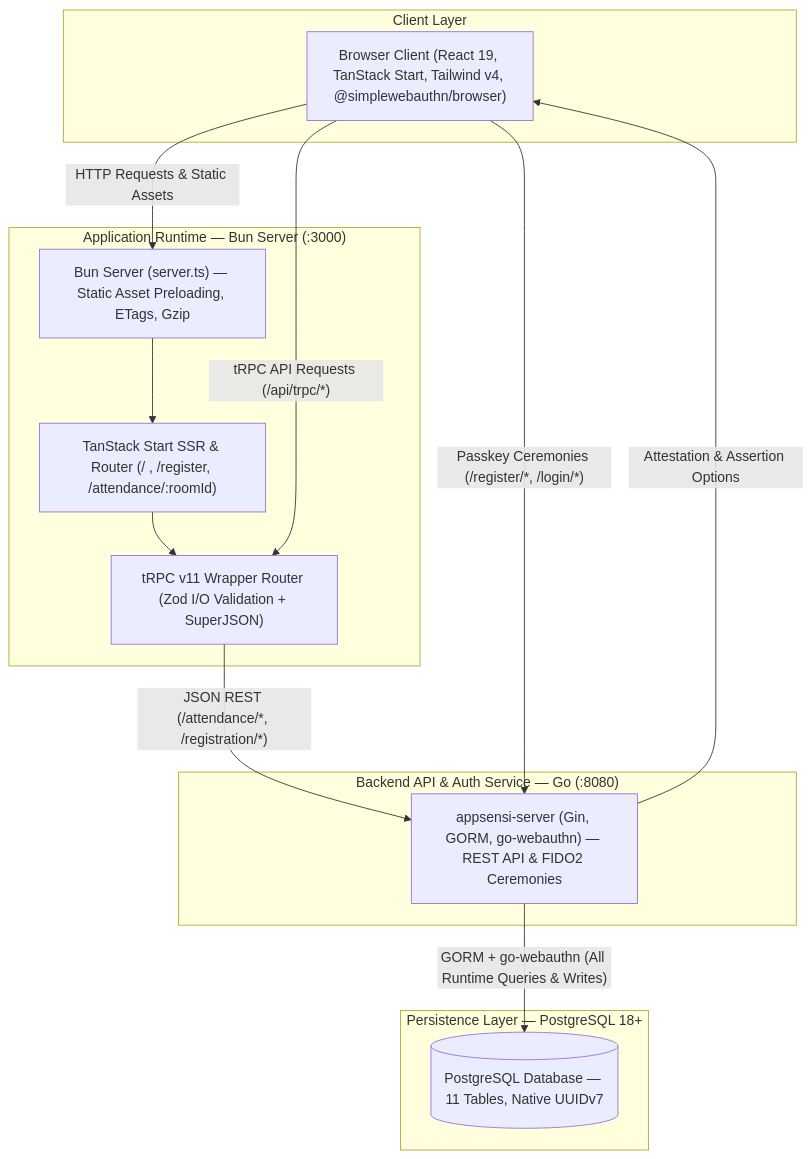
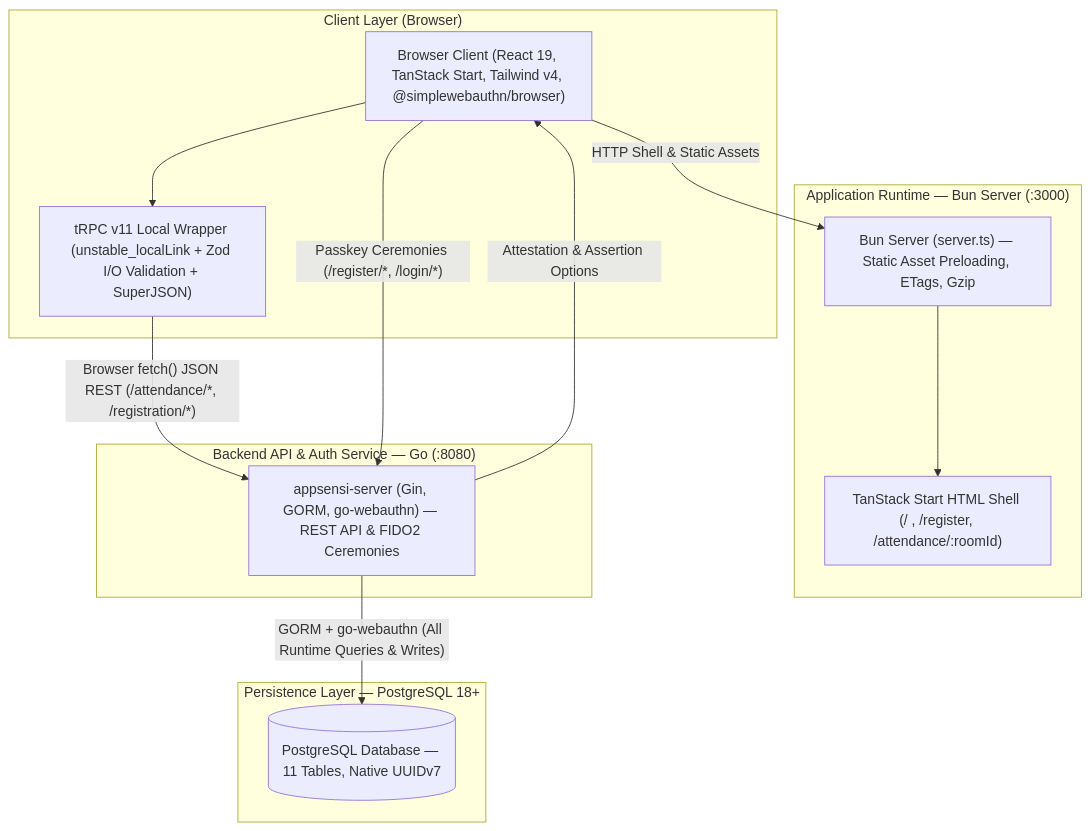
One commit to hapnan/appsensi changed the diagram in docs/ARCHITECTURE.md. Above: the diagram before and after it, drawn with Mermaid. The commit also changed other lines of this file and 7 other files, not shown here.

Commit message:
docs: update API and architecture documentation to reflect local tRPC wrapper changes

````diff
--- a/docs/ARCHITECTURE.md
+++ b/docs/ARCHITECTURE.md
@@ -9,29 +9,29 @@
 ```mermaid
 flowchart TD
-    subgraph Client ["Client Layer"]
+    subgraph Client ["Client Layer (Browser)"]
         Browser["Browser Client (React 19, TanStack Start, Tailwind v4, @simplewebauthn/browser)"]
+        TRPCApi["tRPC v11 Local Wrapper (unstable_localLink + Zod I/O Validation + SuperJSON)"]
+        Browser --> TRPCApi
     end
 
     subgraph AppServer ["Application Runtime — Bun Server (:3000)"]
         BunRuntime["Bun Server (server.ts) — Static Asset Preloading, ETags, Gzip"]
-        StartApp["TanStack Start SSR & Router (/ , /register, /attendance/:roomId)"]
-        TRPCApi["tRPC v11 Wrapper Router (Zod I/O Validation + SuperJSON)"]
-        BunRuntime --> StartApp --> TRPCApi
+        StartApp["TanStack Start HTML Shell (/ , /register, /attendance/:roomId)"]
+        BunRuntime --> StartApp
     end
 
     subgraph BackendServer ["Backend API & Auth Service — Go (:8080)"]
         GoAuth["appsensi-server (Gin, GORM, go-webauthn) — REST API & FIDO2 Ceremonies"]
     end
 
     subgraph Database ["Persistence Layer — PostgreSQL 18+"]
         Postgres[("PostgreSQL Database — 11 Tables, Native UUIDv7")]
     end
 
-    Browser -- "HTTP Requests & Static Assets" --> BunRuntime
-    Browser -- "tRPC API Requests (/api/trpc/*)" --> TRPCApi
-    TRPCApi -- "JSON REST (/attendance/*, /registration/*)" --> GoAuth
+    Browser -- "HTTP Shell & Static Assets" --> BunRuntime
+    TRPCApi -- "Browser fetch() JSON REST (/attendance/*, /registration/*)" --> GoAuth
     Browser -- "Passkey Ceremonies (/register/*, /login/*)" --> GoAuth
     GoAuth -- "Attestation & Assertion Options" --> Browser
 
     GoAuth -- "GORM + go-webauthn (All Runtime Queries & Writes)" --> Postgres
 ```
````
